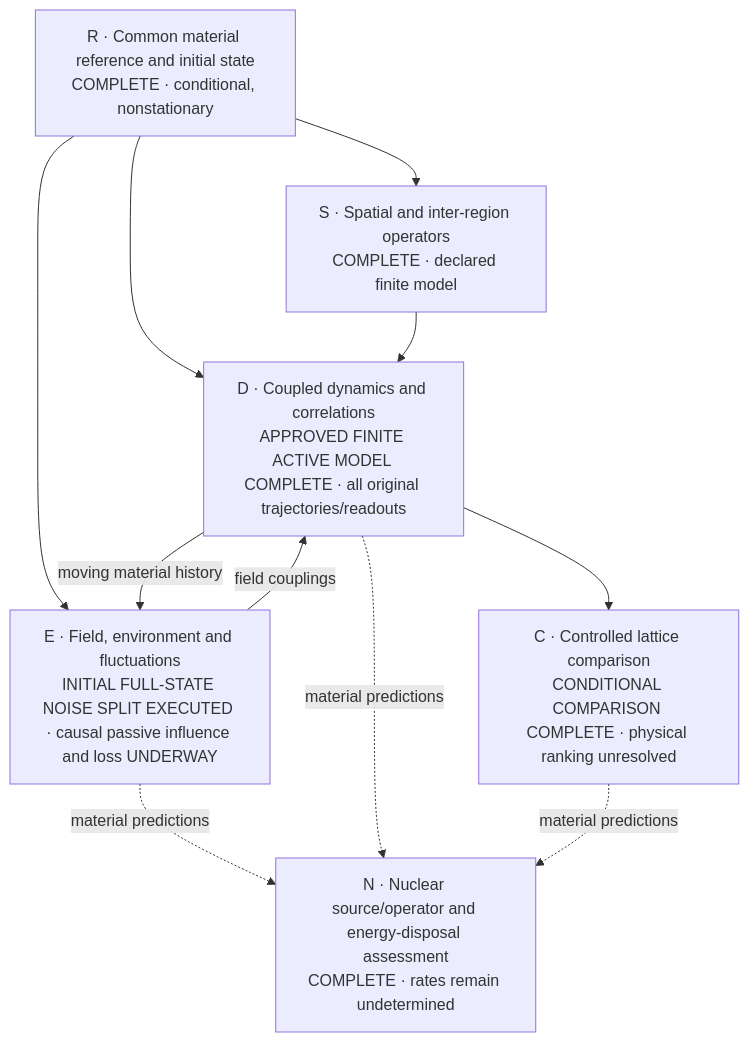
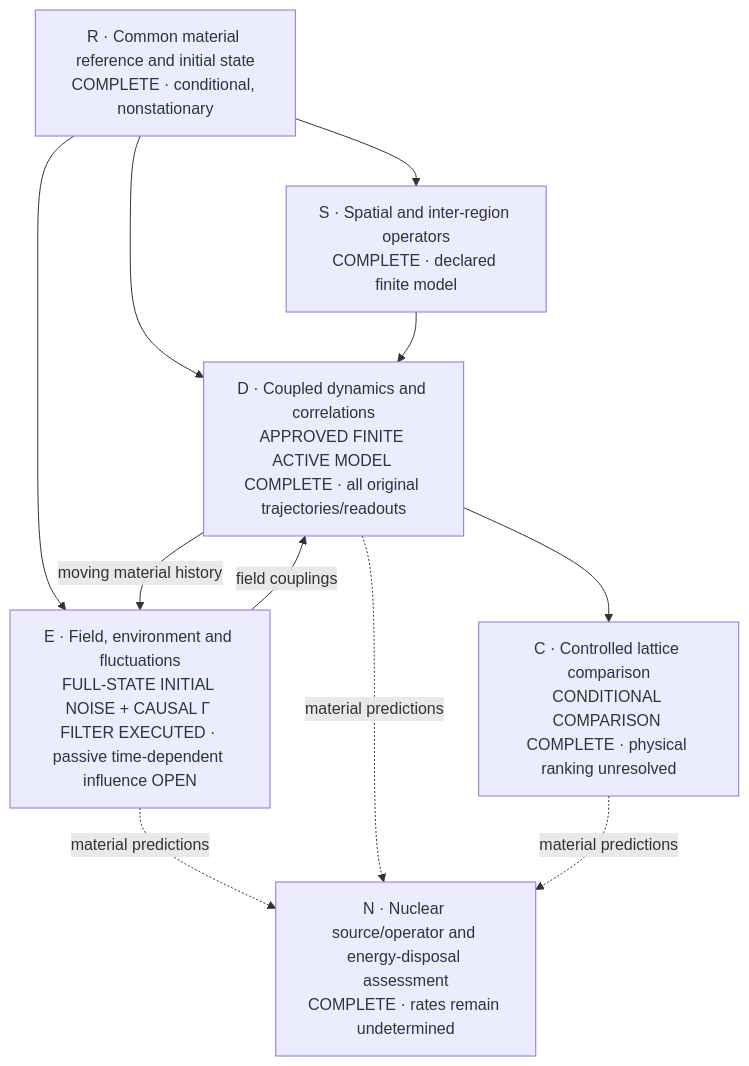
The first of 2 diagrams in proposals/P254-ni-collective-response/SOLUTION.md (vantasnerdan/substrate-framework), drawn with Mermaid before and after one commit. The commit also changed other lines of this file and 14 other files, not shown here.

Commit message:
feat(P254): execute and preserve the causal Ni force filter

````diff
--- a/proposals/P254-ni-collective-response/SOLUTION.md
+++ b/proposals/P254-ni-collective-response/SOLUTION.md
@@ -18,19 +18,19 @@
 ```mermaid
 flowchart TD
     R["R · Common material reference and initial state\nCOMPLETE · conditional, nonstationary"]
     S["S · Spatial and inter-region operators\nCOMPLETE · declared finite model"]
-    E["E · Field, environment and fluctuations\nINITIAL FULL-STATE NOISE SPLIT EXECUTED · causal passive influence and loss UNDERWAY"]
+    E["E · Field, environment and fluctuations\nFULL-STATE INITIAL NOISE + CAUSAL Γ FILTER EXECUTED · passive time-dependent influence OPEN"]
     D["D · Coupled dynamics and correlations\nAPPROVED FINITE ACTIVE MODEL COMPLETE · all original trajectories/readouts"]
     C["C · Controlled lattice comparison\nCONDITIONAL COMPARISON COMPLETE · physical ranking unresolved"]
     N["N · Nuclear source/operator and energy-disposal assessment\nCOMPLETE · rates remain undetermined"]
     R --> S
     R --> E
     R --> D
     S --> D
     E -- "field couplings" --> D
     D -- "moving material history" --> E
     D --> C
     E -. "material predictions" .-> N
     D -. "material predictions" .-> N
     C -. "material predictions" .-> N
 ```
````
